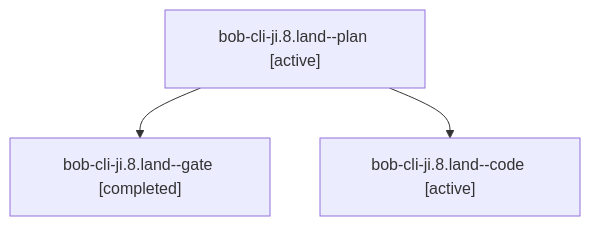
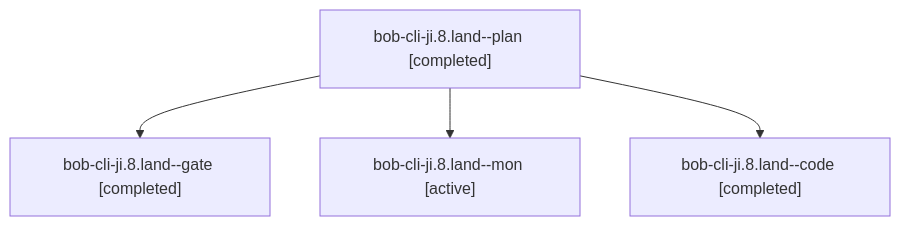
The diagram in sessions/bbugyi200.apollo.bob-cli-ji.8.land.md (bobs-org/bob-cli--agents), drawn with Mermaid before and after one commit. The commit also changed other lines of this file and 89 other files, not shown here.

````diff
--- a/sessions/bbugyi200.apollo.bob-cli-ji.8.land.md
+++ b/sessions/bbugyi200.apollo.bob-cli-ji.8.land.md
@@ -9,8 +9,10 @@
 ```mermaid
 flowchart TD
-  n0["bob-cli-ji.8.land--plan [active]"]
+  n0["bob-cli-ji.8.land--plan [completed]"]
   n1["bob-cli-ji.8.land--gate [completed]"]
   n0 --> n1
-  n2["bob-cli-ji.8.land--code [active]"]
+  n2["bob-cli-ji.8.land--mon [active]"]
   n0 --> n2
+  n3["bob-cli-ji.8.land--code [completed]"]
+  n0 --> n3
 ```
````
